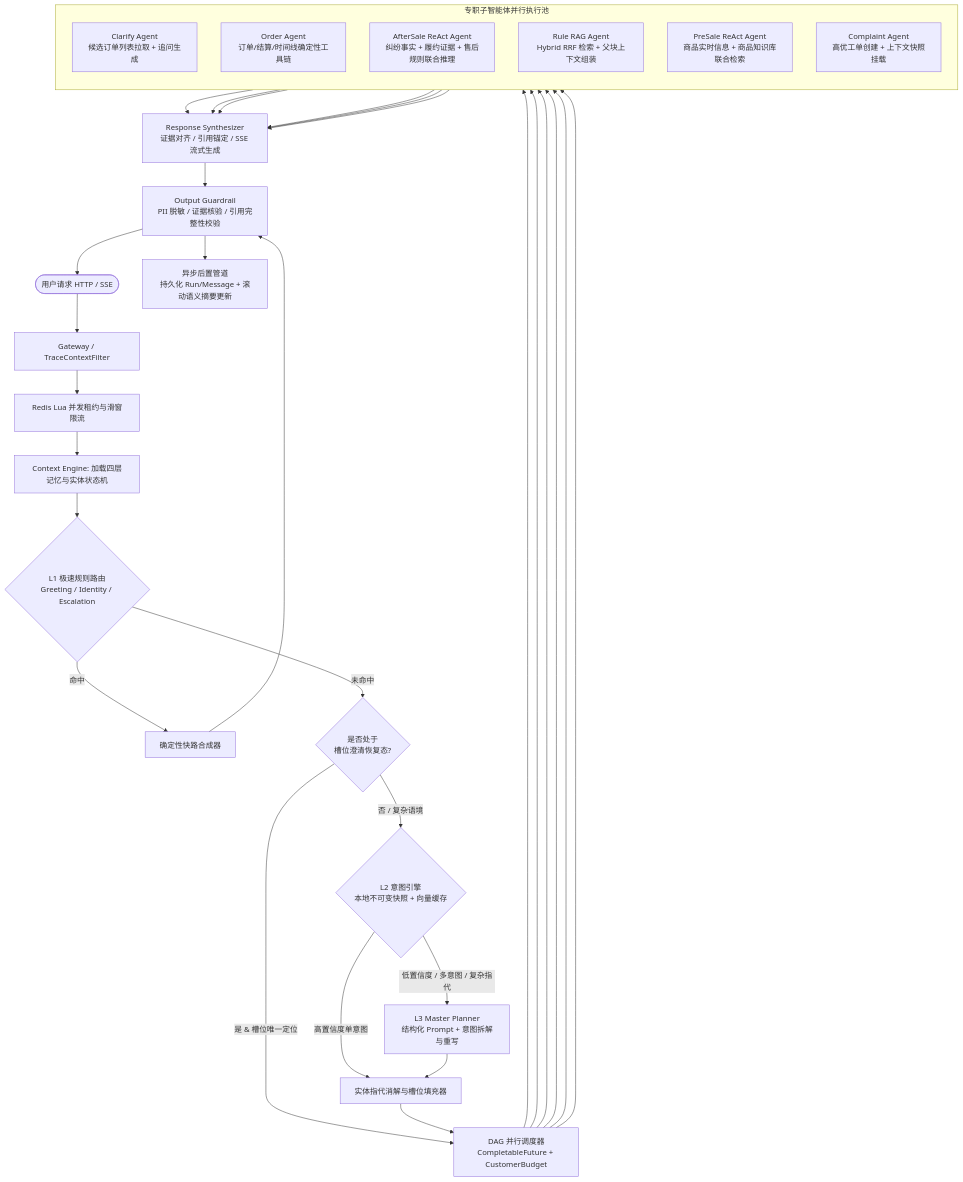
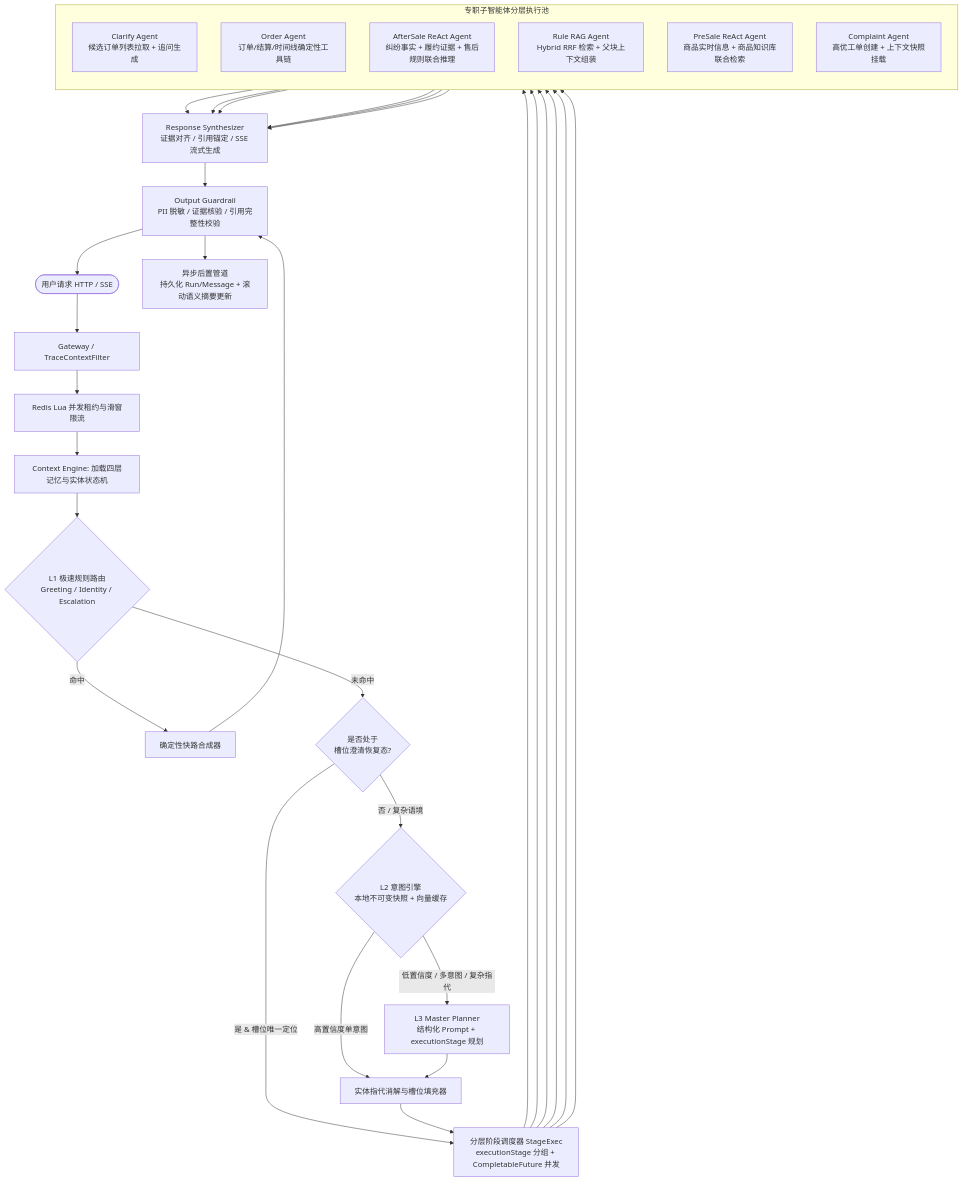
The diagram in doc/agent/customerServiceAgent/achieve_improve_customerAgent_v2.0_byAgron.md (siyuTao347/yue-mall-ai), drawn with Mermaid before and after one commit. The commit also changed other lines of this file and 112 other files, not shown here.

````diff
--- a/doc/agent/customerServiceAgent/achieve_improve_customerAgent_v2.0_byAgron.md
+++ b/doc/agent/customerServiceAgent/achieve_improve_customerAgent_v2.0_byAgron.md
@@ -114,39 +114,39 @@
 ```mermaid
 flowchart TD
     User([用户请求 HTTP / SSE]) --> GW[Gateway / TraceContextFilter]
     GW --> RateGate[Redis Lua 并发租约与滑窗限流]
     RateGate --> ContextLoader[Context Engine: 加载四层记忆与实体状态机]
     
     ContextLoader --> L1{L1 极速规则路由<br/>Greeting / Identity / Escalation}
     L1 -->|命中| FastSynth[确定性快路合成器]
     L1 -->|未命中| ResumeCheck{是否处于<br/>槽位澄清恢复态?}
     
-    ResumeCheck -->|是 & 槽位唯一定位| DAGExec
+    ResumeCheck -->|是 & 槽位唯一定位| StageExec
     ResumeCheck -->|否 / 复杂语境| L2{L2 意图引擎<br/>本地不可变快照 + 向量缓存}
     
     L2 -->|高置信度单意图| SlotResolver[实体指代消解与槽位填充器]
-    L2 -->|低置信度 / 多意图 / 复杂指代| L3Planner[L3 Master Planner<br/>结构化 Prompt + 意图拆解与重写]
+    L2 -->|低置信度 / 多意图 / 复杂指代| L3Planner[L3 Master Planner<br/>结构化 Prompt + executionStage 规划]
     
     L3Planner --> SlotResolver
-    SlotResolver --> DAGExec[DAG 并行调度器<br/>CompletableFuture + CustomerBudget]
+    SlotResolver --> StageExec[分层阶段调度器 StageExec<br/>executionStage 分组 + CompletableFuture 并发]
 
-    subgraph Parallel_Specialists [专职子智能体并行执行池]
+    subgraph Parallel_Specialists [专职子智能体分层执行池]
         direction TB
         ClarifyNode[Clarify Agent<br/>候选订单列表拉取 + 追问生成]
         OrderNode[Order Agent<br/>订单/结算/时间线确定性工具链]
         AfterSaleNode[AfterSale ReAct Agent<br/>纠纷事实 + 履约证据 + 售后规则联合推理]
         RuleNode[Rule RAG Agent<br/>Hybrid RRF 检索 + 父块上下文组装]
         PreSaleNode[PreSale ReAct Agent<br/>商品实时信息 + 商品知识库联合检索]
         ComplaintNode[Complaint Agent<br/>高优工单创建 + 上下文快照挂载]
     end
 
-    DAGExec --> ClarifyNode & OrderNode & AfterSaleNode & RuleNode & PreSaleNode & ComplaintNode
+    StageExec --> ClarifyNode & OrderNode & AfterSaleNode & RuleNode & PreSaleNode & ComplaintNode
     
     ClarifyNode & OrderNode & AfterSaleNode & RuleNode & PreSaleNode & ComplaintNode --> Synthesizer[Response Synthesizer<br/>证据对齐 / 引用锚定 / SSE 流式生成]
     FastSynth --> OutputGuard
     Synthesizer --> OutputGuard[Output Guardrail<br/>PII 脱敏 / 证据核验 / 引用完整性校验]
     
     OutputGuard --> AsyncPost[异步后置管道<br/>持久化 Run/Message + 滚动语义摘要更新]
     OutputGuard --> User
 
 ```
````
